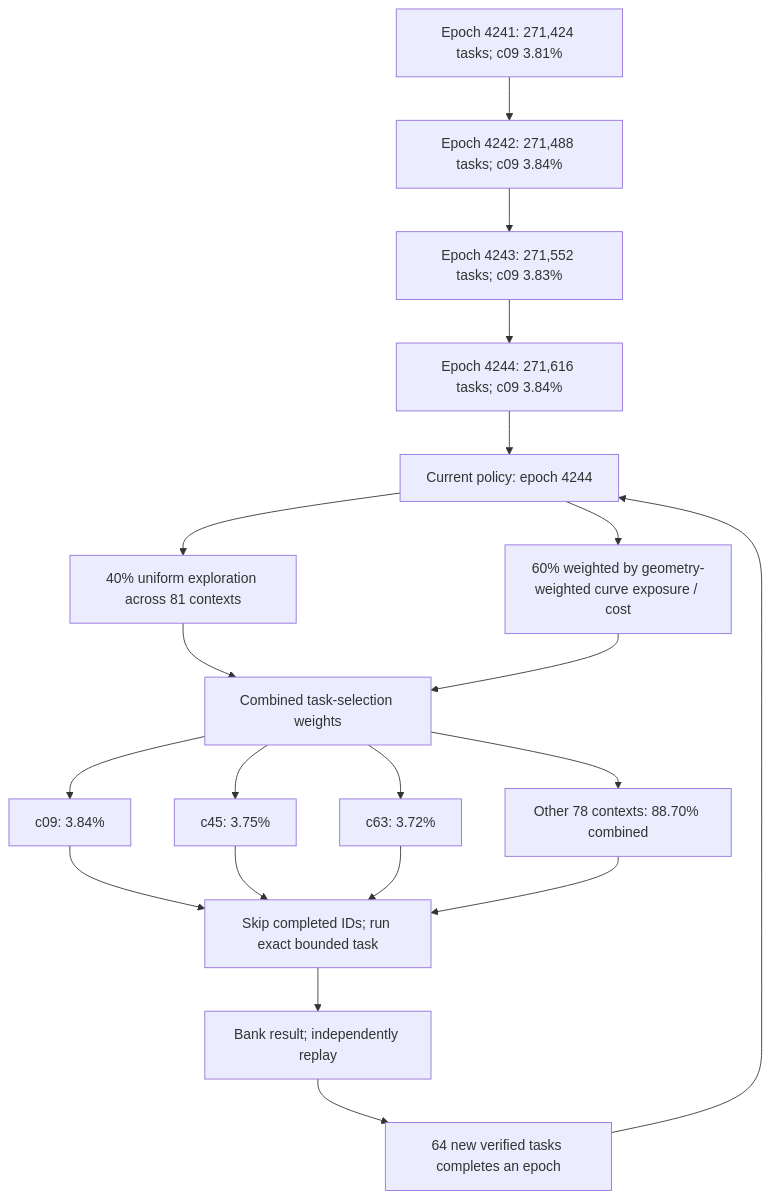
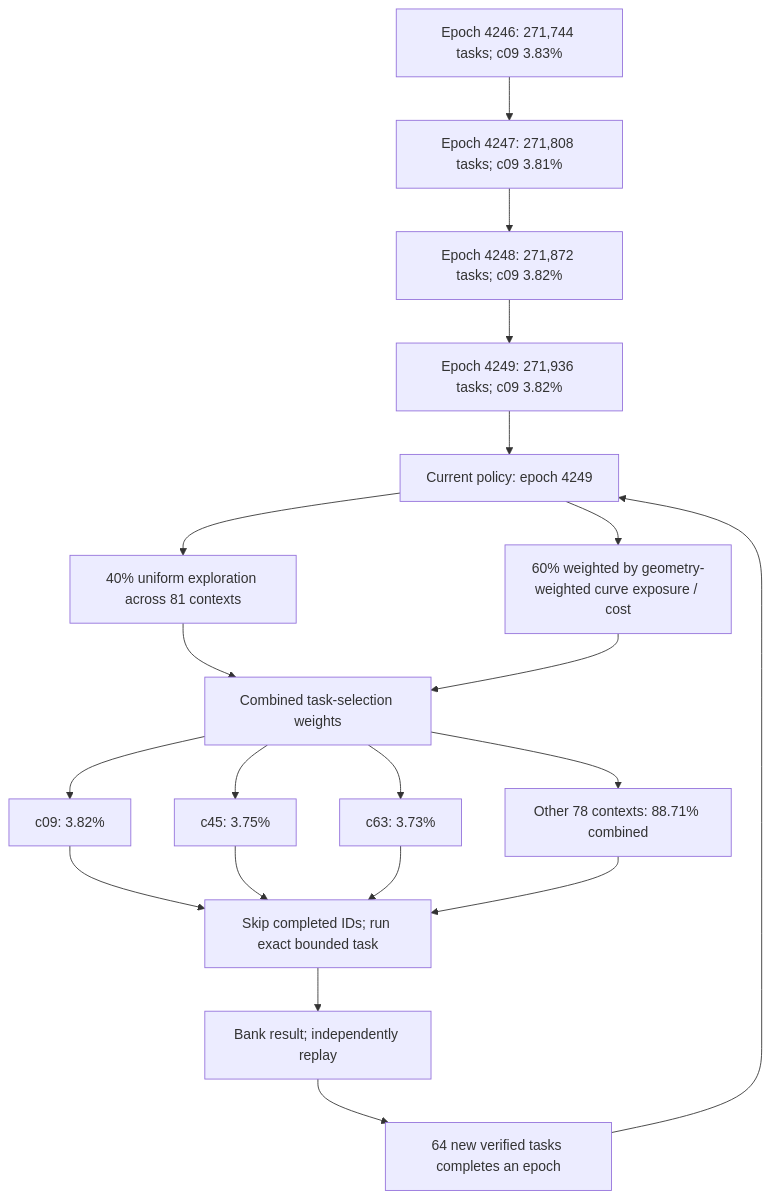
One commit to Kuberwastaken/math-gambling changed the first of 3 diagrams in README.md. Above: the diagram before and after it, drawn with Mermaid. The commit also changed other lines of this file and 968 other files, not shown here.

````diff
--- a/README.md
+++ b/README.md
@@ -60,27 +60,27 @@
 ```mermaid
 flowchart TD
-    H0["Epoch 4241: 271,424 tasks; c09 3.81%"]
-    H1["Epoch 4242: 271,488 tasks; c09 3.84%"]
+    H0["Epoch 4246: 271,744 tasks; c09 3.83%"]
+    H1["Epoch 4247: 271,808 tasks; c09 3.81%"]
     H0 --> H1
-    H2["Epoch 4243: 271,552 tasks; c09 3.83%"]
+    H2["Epoch 4248: 271,872 tasks; c09 3.82%"]
     H1 --> H2
-    H3["Epoch 4244: 271,616 tasks; c09 3.84%"]
+    H3["Epoch 4249: 271,936 tasks; c09 3.82%"]
     H2 --> H3
-    Policy["Current policy: epoch 4244"]
+    Policy["Current policy: epoch 4249"]
     H3 --> Policy
     Policy --> Explore["40% uniform exploration across 81 contexts"]
     Policy --> Cost["60% weighted by geometry-weighted curve exposure / cost"]
     Explore --> Mix["Combined task-selection weights"]
     Cost --> Mix
-    Mix --> C0["c09: 3.84%"]
+    Mix --> C0["c09: 3.82%"]
     Mix --> C1["c45: 3.75%"]
-    Mix --> C2["c63: 3.72%"]
-    Mix --> Rest["Other 78 contexts: 88.70% combined"]
+    Mix --> C2["c63: 3.73%"]
+    Mix --> Rest["Other 78 contexts: 88.71% combined"]
     C0 --> Check["Skip completed IDs; run exact bounded task"]
     C1 --> Check
     C2 --> Check
     Rest --> Check
     Check --> Replay["Bank result; independently replay"]
     Replay --> Gate["64 new verified tasks completes an epoch"]
     Gate --> Policy
 ```
````
